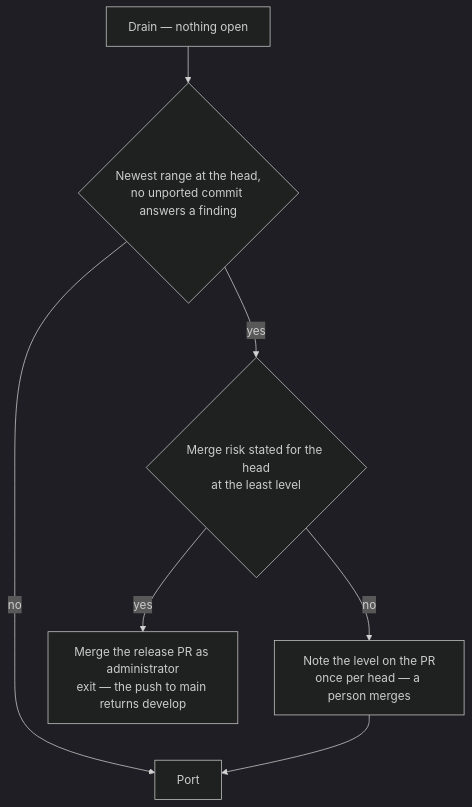
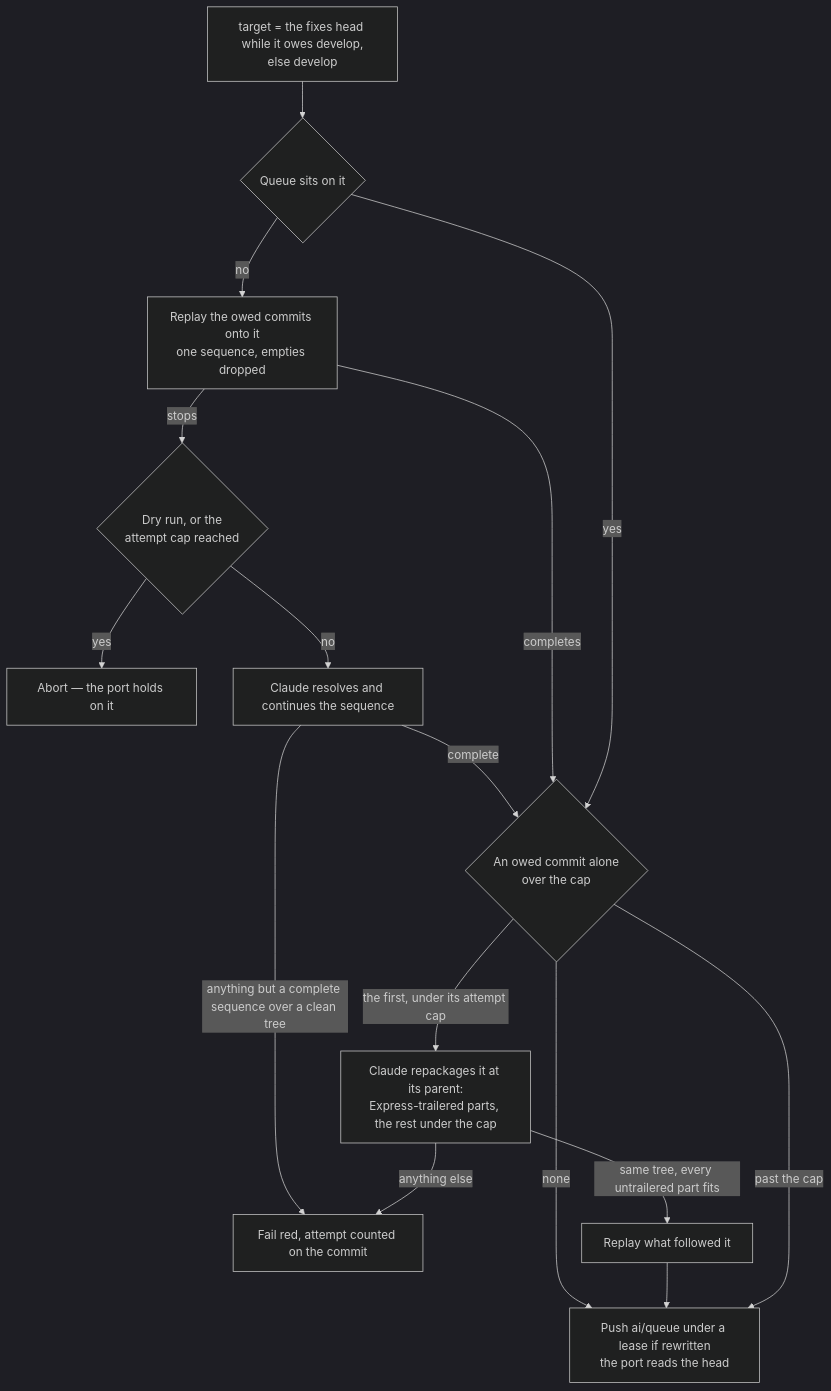
The third of 4 diagrams in apps/web/content/docs/infra/review-collector/collection-cycle.md (Esposter/Esposter), drawn with Mermaid (dark theme) before and after one commit. The commit also changed other lines of this file and 68 other files, not shown here.

First line of the commit message:
feat(coderabbit): the collector never waits on a person — a release verdict, a reshaper for over-cap commits, and an express lane admitted by claim

````diff
--- a/apps/web/content/docs/infra/review-collector/collection-cycle.md
+++ b/apps/web/content/docs/infra/review-collector/collection-cycle.md
@@ -89,8 +92,17 @@
 ```mermaid
 flowchart TD
-  D[Drain — nothing open] --> CL{Newest range at the head,<br/>no unported commit answers a finding}
-  CL -->|no| P[Port]
-  CL -->|yes| MR{Merge risk stated for the head<br/>at the least level}
-  MR -->|no| RN[Note the level on the PR<br/>once per head — a person merges] --> P
-  MR -->|yes| MG[Merge the release PR as administrator<br/>exit — the push to main returns develop]
+  T[target = the fixes head while it owes develop,<br/>else develop] --> A{Queue sits on it}
+  A -->|no| R[Replay the owed commits onto it<br/>one sequence, empties dropped]
+  R -->|stops| C{Dry run, or the<br/>attempt cap reached}
+  C -->|yes| AB[Abort — the port holds on it]
+  C -->|no| CL[Claude resolves and continues the sequence]
+  CL -->|anything but a complete sequence over a clean tree| F[Fail red, attempt counted on the commit]
+  CL -->|complete| RS
+  R -->|completes| RS
+  A -->|yes| RS{An owed commit alone<br/>over the cap}
+  RS -->|none| P[Push ai/queue under a lease if rewritten<br/>the port reads the head]
+  RS -->|the first, under its attempt cap| SH[Claude repackages it at its parent:<br/>Express-trailered parts, the rest under the cap]
+  SH -->|same tree, every untrailered part fits| RP[Replay what followed it] --> P
+  SH -->|anything else| F
+  RS -->|past the cap| P
 ```
````
